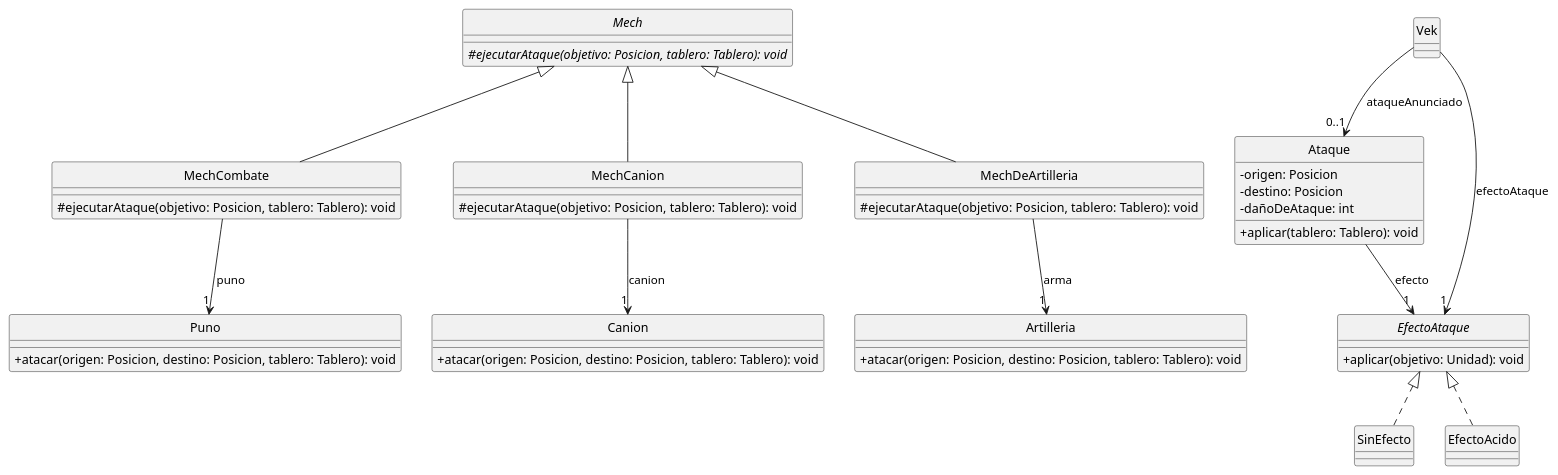
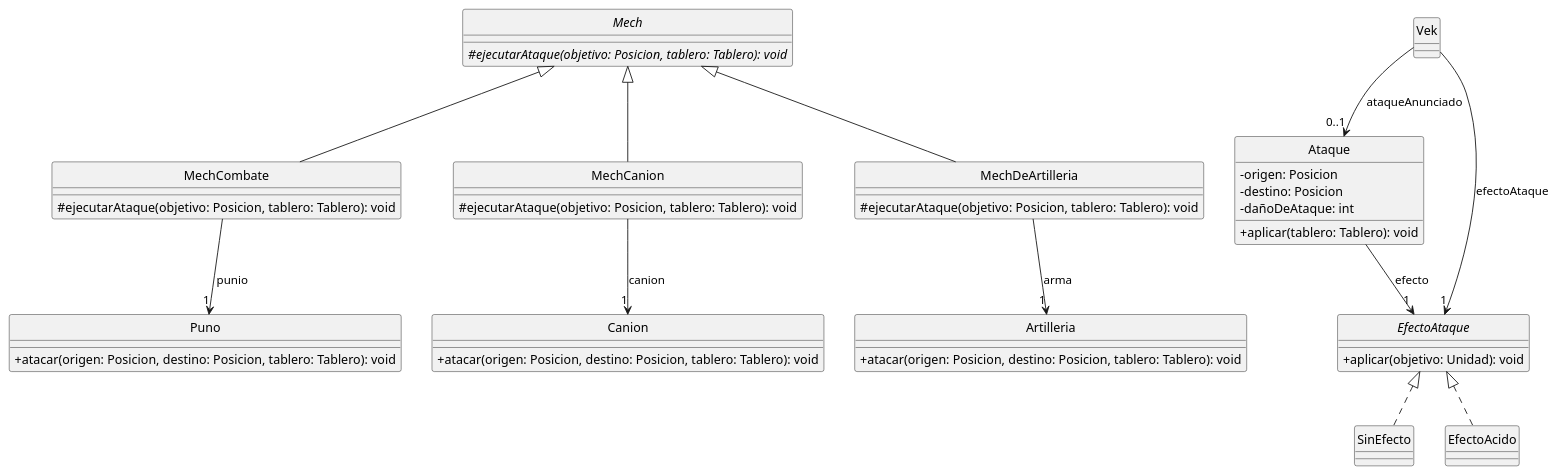
The diagram in diagrams/classes/entrega_2/CombateArmasYEfectosDeAtaque.plantuml (AlexFari2004/PARADIGMAS_SUAREZ_TP2), drawn with PlantUML before and after one commit. The commit also changed 154 other files, not shown here.

```diff
--- a/diagrams/classes/entrega_2/CombateArmasYEfectosDeAtaque.plantuml
+++ b/diagrams/classes/entrega_2/CombateArmasYEfectosDeAtaque.plantuml
@@ -1,55 +1,55 @@
 @startuml name CombateArmasYEfectosDeAtaque
 skinparam classAttributeIconSize 0
 hide circle
 top to bottom direction
 
 abstract class Mech {
   # {abstract} ejecutarAtaque(objetivo: Posicion, tablero: Tablero): void
 }
 
 class MechCombate extends Mech {
   # ejecutarAtaque(objetivo: Posicion, tablero: Tablero): void
 }
 
 class MechCanion extends Mech {
   # ejecutarAtaque(objetivo: Posicion, tablero: Tablero): void
 }
 
 class MechDeArtilleria extends Mech {
   # ejecutarAtaque(objetivo: Posicion, tablero: Tablero): void
 }
 
 class Puno {
   + atacar(origen: Posicion, destino: Posicion, tablero: Tablero): void
 }
 
 class Canion {
   + atacar(origen: Posicion, destino: Posicion, tablero: Tablero): void
 }
 
 class Artilleria {
   + atacar(origen: Posicion, destino: Posicion, tablero: Tablero): void
 }
 
 class Ataque {
   - origen: Posicion
   - destino: Posicion
   - dañoDeAtaque: int
   + aplicar(tablero: Tablero): void
 }
 
 interface EfectoAtaque {
   + aplicar(objetivo: Unidad): void
 }
 
 class SinEfecto implements EfectoAtaque
 class EfectoAcido implements EfectoAtaque
 
-MechCombate --> "1" Puno : puno
+MechCombate --> "1" Puno : punio
 MechCanion --> "1" Canion : canion
 MechDeArtilleria --> "1" Artilleria : arma
 
 Vek --> "0..1" Ataque : ataqueAnunciado
 Vek --> "1" EfectoAtaque : efectoAtaque
 Ataque --> "1" EfectoAtaque : efecto
 @enduml
```
